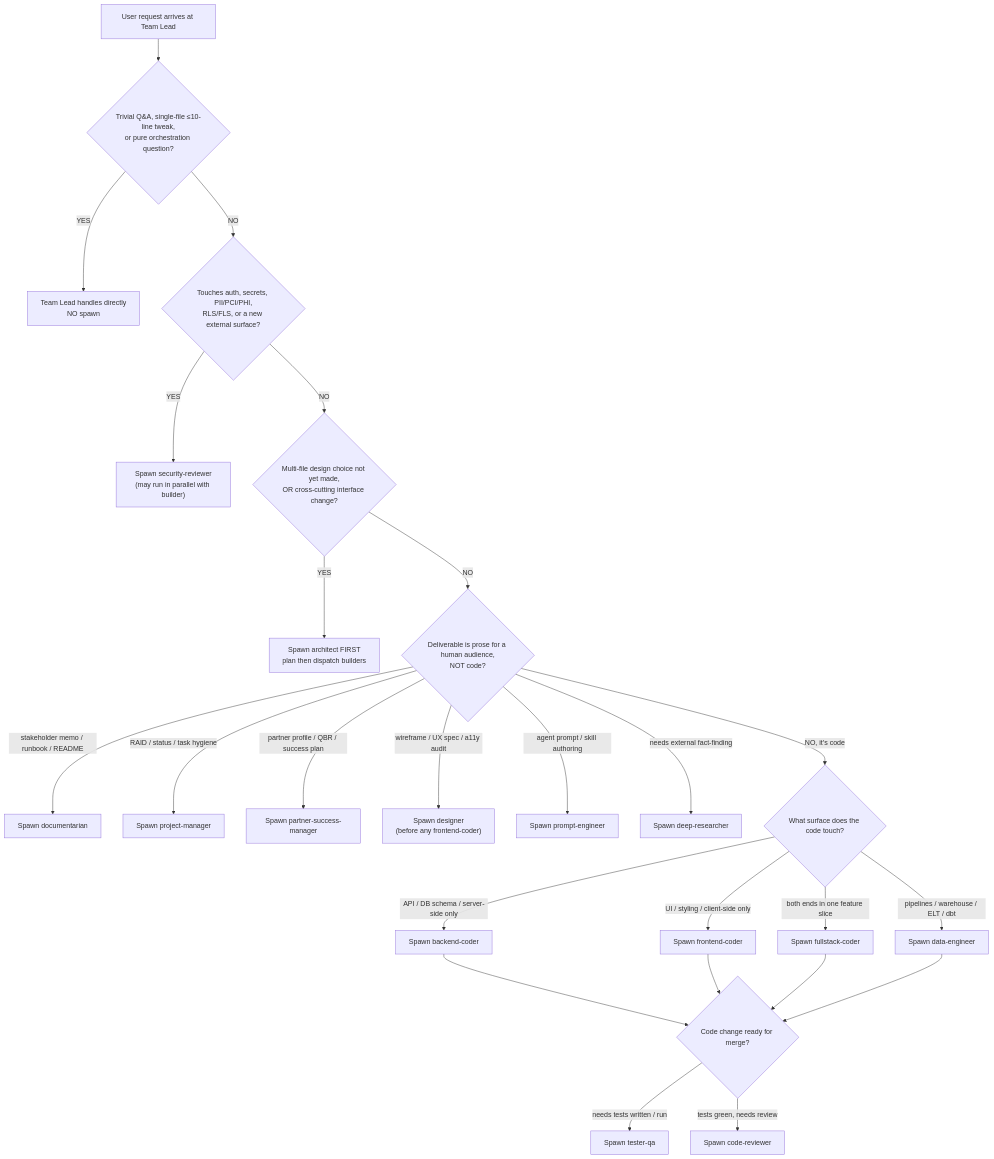
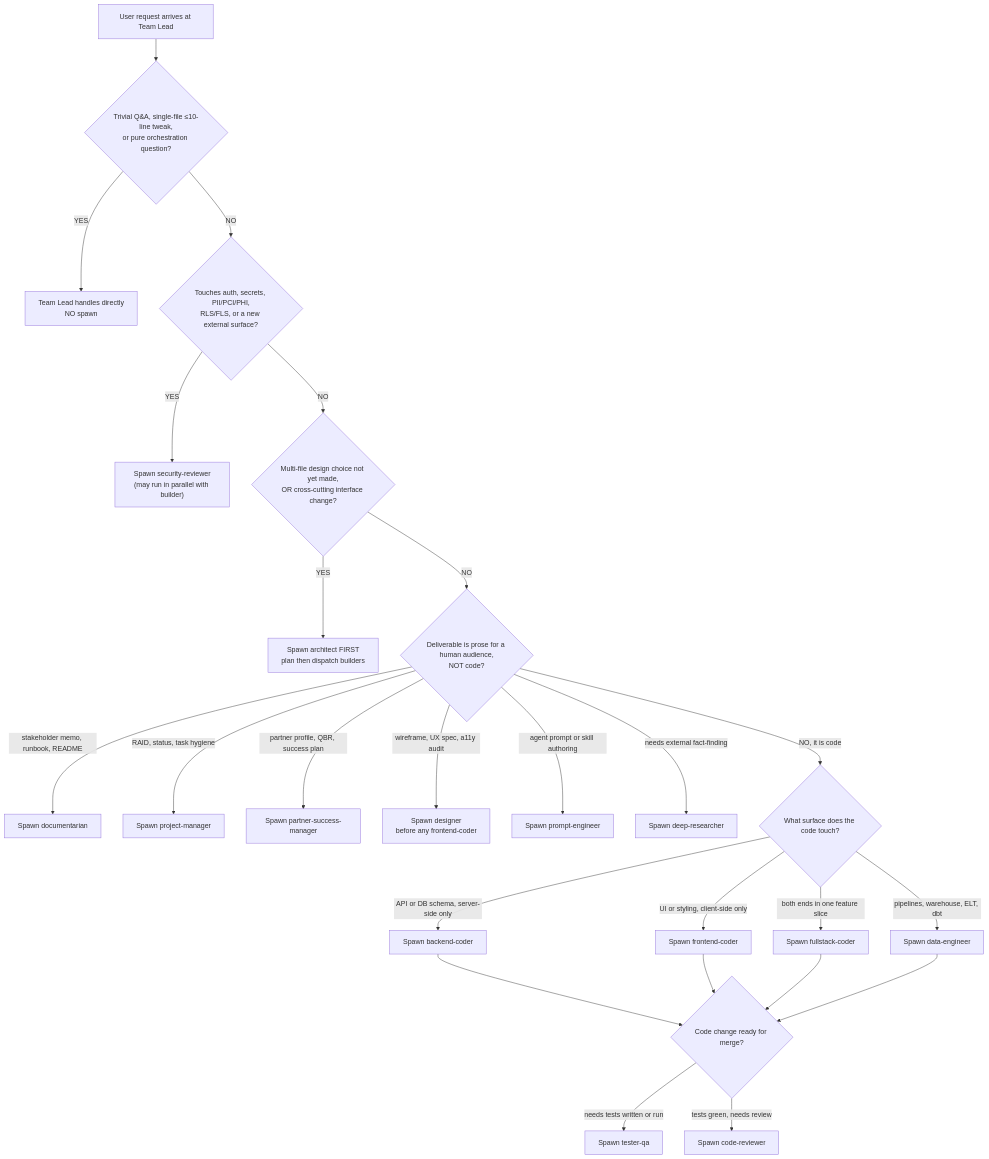
Before and after one commit to mcorbett51090/RavenClaude: the diagram in plugins/ravenclaude-core/knowledge/agent-routing.md, drawn with Mermaid. The commit also changed 9 other files, not shown here.

First line of the commit message:
fix(decision-trees): quote Mermaid nodes/edges with special chars so charts render

````diff
--- a/plugins/ravenclaude-core/knowledge/agent-routing.md
+++ b/plugins/ravenclaude-core/knowledge/agent-routing.md
@@ -17,27 +17,27 @@
 ```mermaid
 flowchart TD
     START[User request arrives at Team Lead] --> Q1{"Trivial Q&A, single-file ≤10-line tweak,<br/>or pure orchestration question?"}
     Q1 -->|YES| DIRECT["Team Lead handles directly<br/>NO spawn"]
     Q1 -->|NO| Q2{"Touches auth, secrets, PII/PCI/PHI,<br/>RLS/FLS, or a new external surface?"}
     Q2 -->|YES| SEC["Spawn security-reviewer<br/>(may run in parallel with builder)"]
     Q2 -->|NO| Q3{"Multi-file design choice not yet made,<br/>OR cross-cutting interface change?"}
     Q3 -->|YES| ARCH["Spawn architect FIRST<br/>plan then dispatch builders"]
     Q3 -->|NO| Q4{"Deliverable is prose for a human audience,<br/>NOT code?"}
-    Q4 -->|stakeholder memo / runbook / README| DOC[Spawn documentarian]
-    Q4 -->|RAID / status / task hygiene| PM[Spawn project-manager]
-    Q4 -->|partner profile / QBR / success plan| PSM[Spawn partner-success-manager]
-    Q4 -->|wireframe / UX spec / a11y audit| DSGN["Spawn designer<br/>(before any frontend-coder)"]
-    Q4 -->|agent prompt / skill authoring| PE[Spawn prompt-engineer]
-    Q4 -->|needs external fact-finding| DR[Spawn deep-researcher]
-    Q4 -->|NO, it's code| Q5{What surface does the code touch?}
-    Q5 -->|UI / styling / client-side only| FE[Spawn frontend-coder]
-    Q5 -->|API / DB schema / server-side only| BE[Spawn backend-coder]
-    Q5 -->|both ends in one feature slice| FS[Spawn fullstack-coder]
-    Q5 -->|pipelines / warehouse / ELT / dbt| DE[Spawn data-engineer]
+    Q4 -->|"stakeholder memo, runbook, README"| DOC[Spawn documentarian]
+    Q4 -->|"RAID, status, task hygiene"| PM[Spawn project-manager]
+    Q4 -->|"partner profile, QBR, success plan"| PSM[Spawn partner-success-manager]
+    Q4 -->|"wireframe, UX spec, a11y audit"| DSGN["Spawn designer<br/>before any frontend-coder"]
+    Q4 -->|"agent prompt or skill authoring"| PE[Spawn prompt-engineer]
+    Q4 -->|"needs external fact-finding"| DR[Spawn deep-researcher]
+    Q4 -->|"NO, it is code"| Q5{What surface does the code touch?}
+    Q5 -->|"UI or styling, client-side only"| FE[Spawn frontend-coder]
+    Q5 -->|"API or DB schema, server-side only"| BE[Spawn backend-coder]
+    Q5 -->|"both ends in one feature slice"| FS[Spawn fullstack-coder]
+    Q5 -->|"pipelines, warehouse, ELT, dbt"| DE[Spawn data-engineer]
     BE --> POST{Code change ready for merge?}
     FE --> POST
     FS --> POST
     DE --> POST
-    POST -->|needs tests written / run| QA[Spawn tester-qa]
-    POST -->|tests green, needs review| CR[Spawn code-reviewer]
+    POST -->|"needs tests written or run"| QA[Spawn tester-qa]
+    POST -->|"tests green, needs review"| CR[Spawn code-reviewer]
 ```
````
